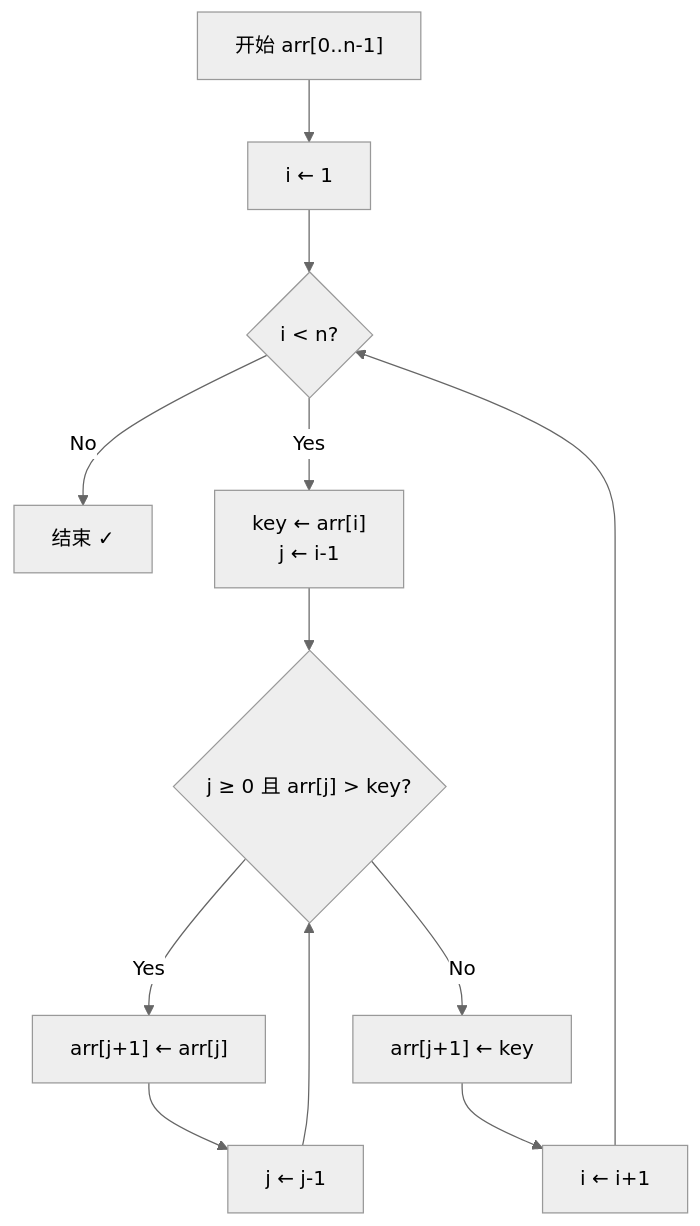
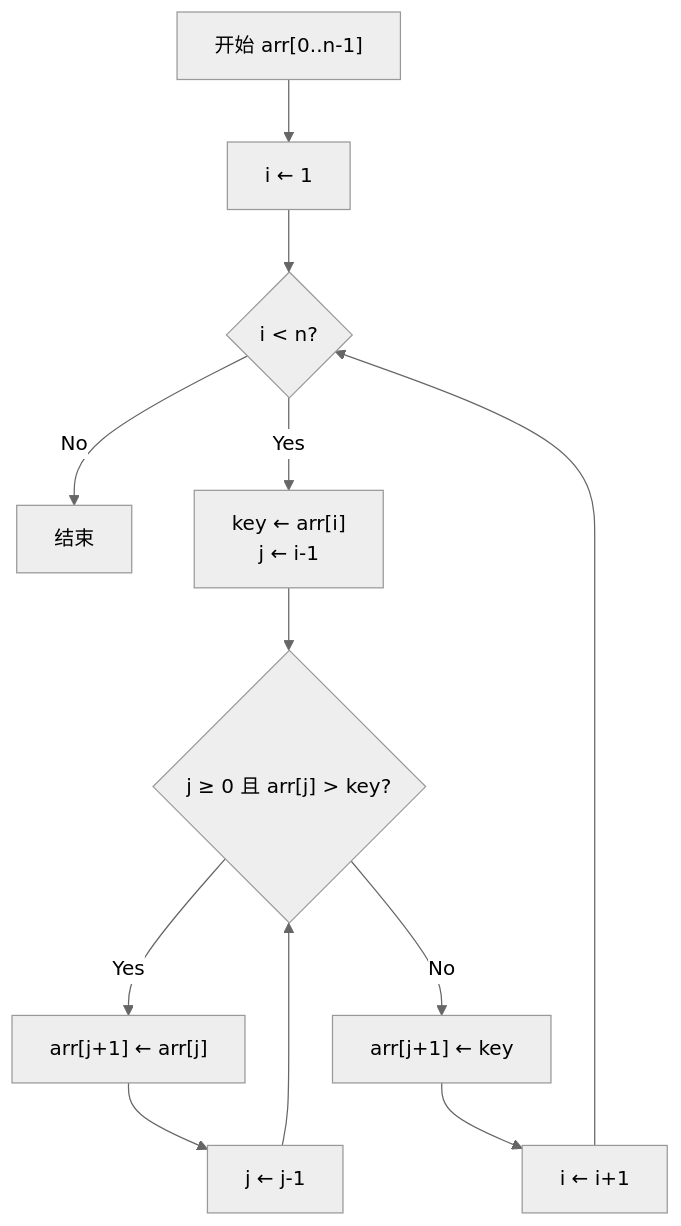
Before and after one commit to missercatos/RootStack: the third of 8 diagrams in 数据结构/H_排序_八大排序_Sorting.md, drawn with Mermaid (neutral theme). The commit also changed other lines of this file and 605 other files, not shown here.

````diff
--- a/数据结构/H_排序_八大排序_Sorting.md
+++ b/数据结构/H_排序_八大排序_Sorting.md
@@ -186,14 +186,14 @@
 ```mermaid
 graph TD
-    A["开始 arr[0..n-1]"] --> B["i ← 1"]
-    B --> C{"i < n?"}
-    C -->|No| D["结束 ✓"]
-    C -->|Yes| E["key ← arr[i]\nj ← i-1"]
-    E --> F{"j ≥ 0 且 arr[j] > key?"}
-    F -->|Yes| G["arr[j+1] ← arr[j]"]
-    G --> H["j ← j-1"]
-    H --> F
-    F -->|No| I["arr[j+1] ← key"]
-    I --> J["i ← i+1"]
-    J --> C
+ A["开始 arr[0..n-1]"] --> B["i ← 1"]
+ B --> C{"i < n?"}
+ C -->|No| D["结束 "]
+ C -->|Yes| E["key ← arr[i]\nj ← i-1"]
+ E --> F{"j ≥ 0 且 arr[j] > key?"}
+ F -->|Yes| G["arr[j+1] ← arr[j]"]
+ G --> H["j ← j-1"]
+ H --> F
+ F -->|No| I["arr[j+1] ← key"]
+ I --> J["i ← i+1"]
+ J --> C
 ```
````
